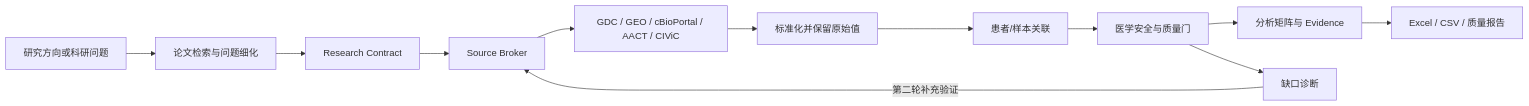
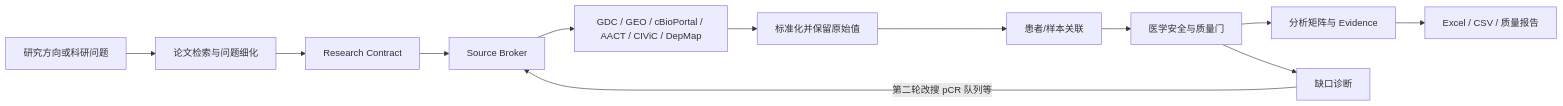
One commit to xsc2466729313-cyber/research-data-agent changed the diagram in README.md. Above: the diagram before and after it, drawn with Mermaid. The commit also changed other lines of this file and 147 other files, not shown here.

````diff
--- a/README.md
+++ b/README.md
@@ -41,14 +104,14 @@
 ```mermaid
 flowchart LR
   A[研究方向或科研问题] --> B[论文检索与问题细化]
   B --> C[Research Contract]
   C --> D[Source Broker]
-  D --> E[GDC / GEO / cBioPortal / AACT / CIViC]
+  D --> E[GDC / GEO / cBioPortal / AACT / CIViC / DepMap]
   E --> F[标准化并保留原始值]
   F --> G[患者/样本关联]
   G --> H[医学安全与质量门]
   H --> I[分析矩阵与 Evidence]
   H --> J[缺口诊断]
-  J -->|第二轮补充验证| D
+  J -->|第二轮改搜 pCR 队列等| D
   I --> K[Excel / CSV / 质量报告]
 ```
````
